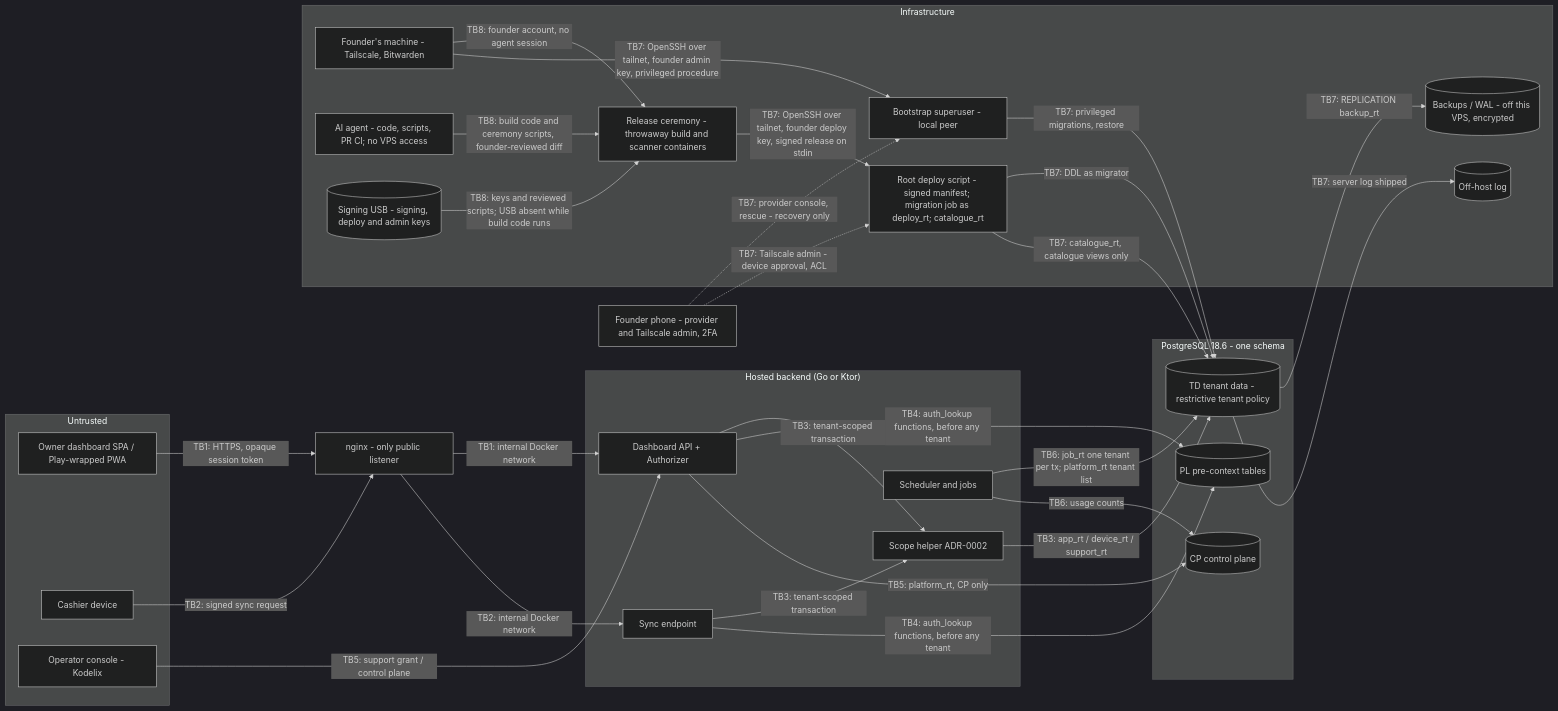
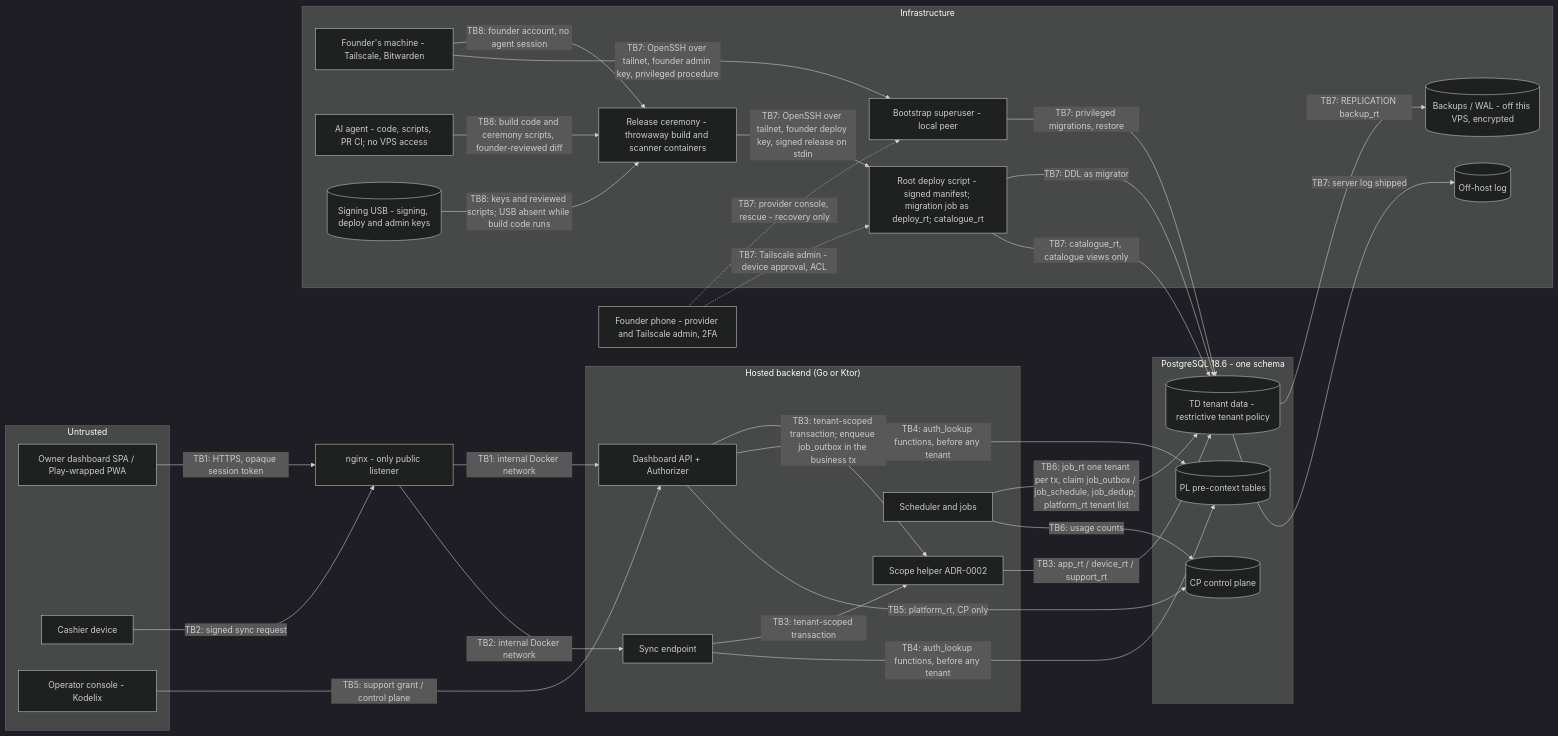
The diagram in docs/architecture/threat-models/tenant-isolation.md (Kodelix/kodeebo), drawn with Mermaid (dark theme) before and after one commit. The commit also changed other lines of this file and 3 other files, not shown here.

````diff
--- a/docs/architecture/threat-models/tenant-isolation.md
+++ b/docs/architecture/threat-models/tenant-isolation.md
@@ -76,56 +76,56 @@
 ```mermaid
 flowchart LR
   subgraph Internet["Untrusted"]
     B[Owner dashboard SPA / Play-wrapped PWA]
     D[Cashier device]
     O[Operator console - Kodelix]
   end
   subgraph App["Hosted backend (Go or Ktor)"]
     API[Dashboard API + Authorizer]
     SYNC[Sync endpoint]
     H[Scope helper ADR-0002]
     J[Scheduler and jobs]
   end
   subgraph Data["PostgreSQL 18.6 - one schema"]
     PL[(PL pre-context tables)]
     TD[(TD tenant data - restrictive tenant policy)]
     CP[(CP control plane)]
   end
   subgraph Infra["Infrastructure"]
     FM[Founder's machine - Tailscale, Bitwarden]
     AG[AI agent - code, scripts, PR CI; no VPS access]
     CER[Release ceremony - throwaway build and scanner containers]
     USB[(Signing USB - signing, deploy and admin keys)]
     CI[Root deploy script - signed manifest; migration job as deploy_rt; catalogue_rt]
     SU[Bootstrap superuser - local peer]
     BK[(Backups / WAL - off this VPS, encrypted)]
     LOG[(Off-host log)]
   end
   PH[Founder phone - provider and Tailscale admin, 2FA]
   NG[nginx - only public listener]
   B -- "TB1: HTTPS, opaque session token" --> NG
   NG -- "TB1: internal Docker network" --> API
   D -- "TB2: signed sync request" --> NG
   NG -- "TB2: internal Docker network" --> SYNC
   AG -- "TB8: build code and ceremony scripts, founder-reviewed diff" --> CER
   USB -- "TB8: keys and reviewed scripts; USB absent while build code runs" --> CER
   FM -- "TB8: founder account, no agent session" --> CER
   CER -- "TB7: OpenSSH over tailnet, founder deploy key, signed release on stdin" --> CI
   FM -- "TB7: OpenSSH over tailnet, founder admin key, privileged procedure" --> SU
   PH -. "TB7: provider console, rescue - recovery only" .-> SU
   PH -. "TB7: Tailscale admin - device approval, ACL" .-> CI
-  API -- "TB3: tenant-scoped transaction" --> H
+  API -- "TB3: tenant-scoped transaction; enqueue job_outbox in the business tx" --> H
   SYNC -- "TB3: tenant-scoped transaction" --> H
   H -- "TB3: app_rt / device_rt / support_rt" --> TD
   API -- "TB4: auth_lookup functions, before any tenant" --> PL
   SYNC -- "TB4: auth_lookup functions, before any tenant" --> PL
   O -- "TB5: support grant / control plane" --> API
   API -- "TB5: platform_rt, CP only" --> CP
-  J -- "TB6: job_rt one tenant per tx; platform_rt tenant list" --> TD
+  J -- "TB6: job_rt one tenant per tx, claim job_outbox / job_schedule, job_dedup; platform_rt tenant list" --> TD
   J -- "TB6: usage counts" --> CP
   CI -- "TB7: DDL as migrator" --> TD
   CI -- "TB7: catalogue_rt, catalogue views only" --> TD
   SU -- "TB7: privileged migrations, restore" --> TD
   TD -- "TB7: REPLICATION backup_rt" --> BK
   TD -- "TB7: server log shipped" --> LOG
 ```
````
